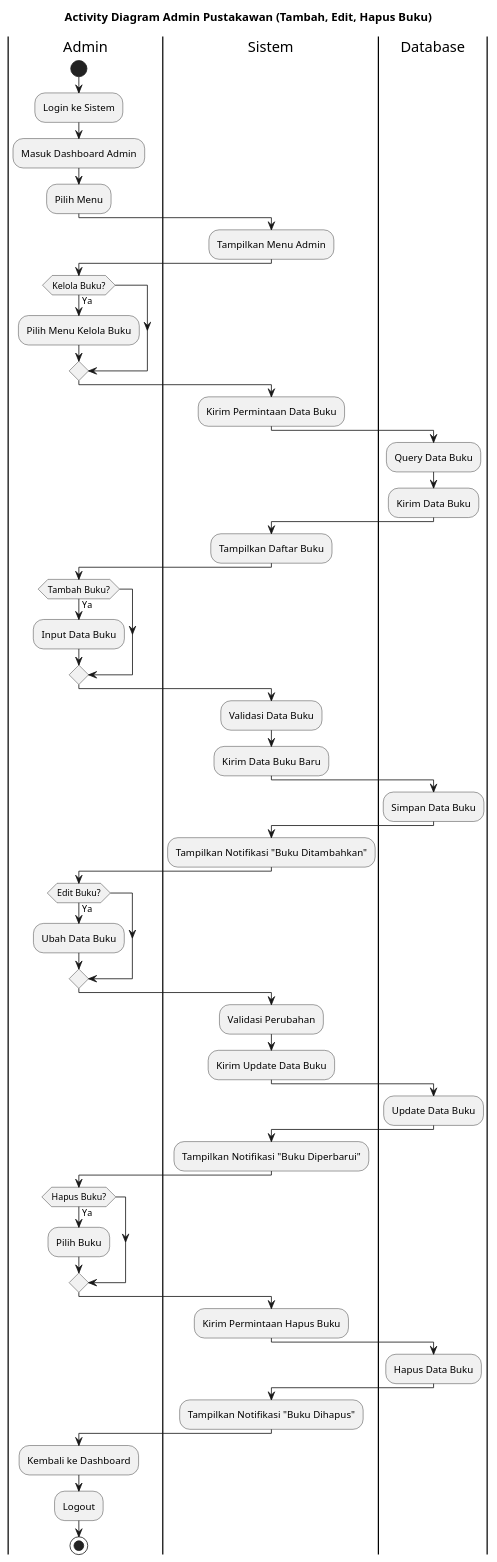
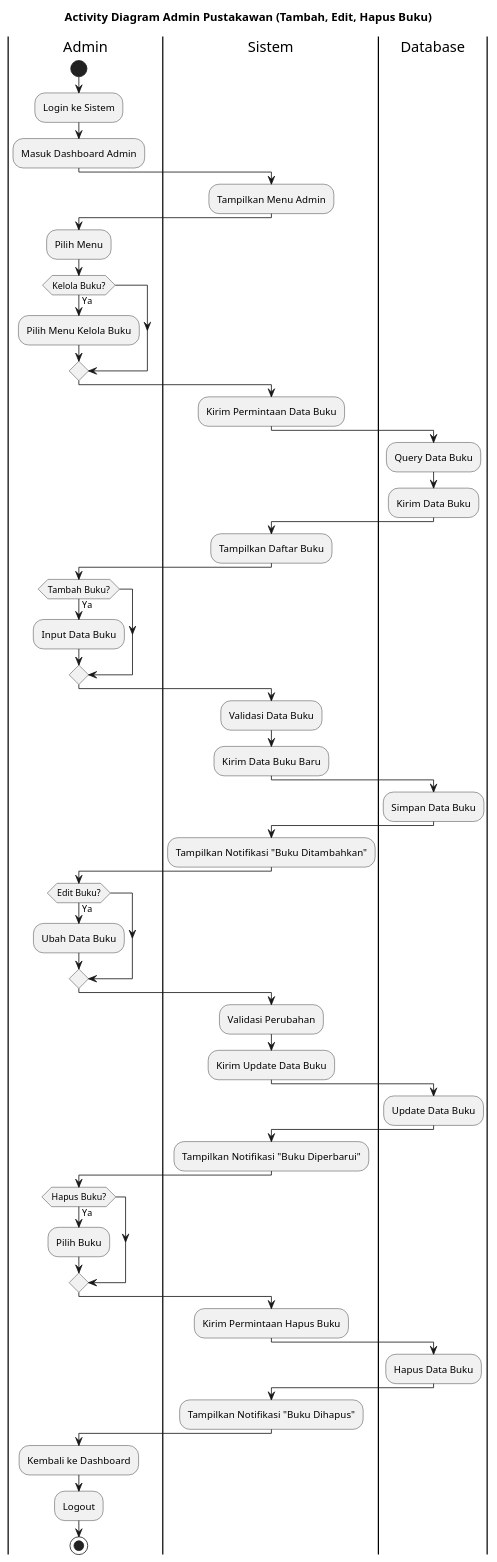
The diagram in uml/act-admin-CRUD-buku.puml (A-PPAW-TI503P-2025/PROJECT_KELOMPOK2_LOKASI-KAMERA), drawn with PlantUML before and after one commit.

Commit message:
act-admin

```diff
--- a/uml/act-admin-CRUD-buku.puml
+++ b/uml/act-admin-CRUD-buku.puml
@@ -1,76 +1,78 @@
 @startuml
 title Activity Diagram Admin Pustakawan (Tambah, Edit, Hapus Buku)
 
 |Admin|
 start
 :Login ke Sistem;
 :Masuk Dashboard Admin;
-:Pilih Menu;
 
 |Sistem|
 :Tampilkan Menu Admin;
+
+|Admin|
+:Pilih Menu;
 
 |Admin|
 if (Kelola Buku?) then (Ya)
     :Pilih Menu Kelola Buku;
 endif
 
 |Sistem|
 :Kirim Permintaan Data Buku;
 
 |Database|
 :Query Data Buku;
 :Kirim Data Buku;
 
 |Sistem|
 :Tampilkan Daftar Buku;
 
 |Admin|
 if (Tambah Buku?) then (Ya)
     :Input Data Buku;
 endif
 
 |Sistem|
 :Validasi Data Buku;
 :Kirim Data Buku Baru;
 
 |Database|
 :Simpan Data Buku;
 
 |Sistem|
 :Tampilkan Notifikasi "Buku Ditambahkan";
 
 |Admin|
 if (Edit Buku?) then (Ya)
     :Ubah Data Buku;
 endif
 
 |Sistem|
 :Validasi Perubahan;
 :Kirim Update Data Buku;
 
 |Database|
 :Update Data Buku;
 
 |Sistem|
 :Tampilkan Notifikasi "Buku Diperbarui";
 
 |Admin|
 if (Hapus Buku?) then (Ya)
     :Pilih Buku;
 endif
 
 |Sistem|
 :Kirim Permintaan Hapus Buku;
 
 |Database|
 :Hapus Data Buku;
 
 |Sistem|
 :Tampilkan Notifikasi "Buku Dihapus";
 
 |Admin|
 :Kembali ke Dashboard;
 :Logout;
 stop
 @enduml
```
